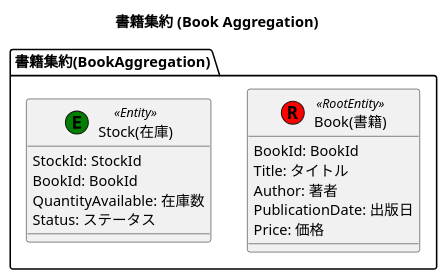
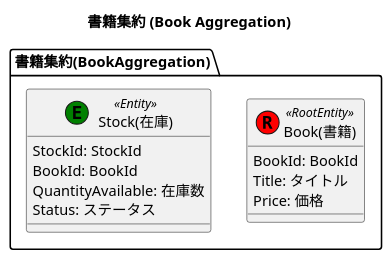
Before and after one commit to yamachan0625/zenn: the second of 14 diagrams in books/ddd-hands-on/chapter5.md, drawn with PlantUML. The commit also changed other lines of this file and 3 other files, not shown here.

````diff
--- a/books/ddd-hands-on/chapter5.md
+++ b/books/ddd-hands-on/chapter5.md
@@ -117,25 +117,23 @@
-```plantuml:OnlineBookstore/.../Book/Book.pu
+```plantuml:OnlineBookstore/StockManagementDomain/Domain/models/Book/Book.pu
 @startuml BookAggregation
 
 title 書籍集約 (Book Aggregation)
 
 package "書籍集約(BookAggregation)" {
     ' 1. エンティティの定義
     class "Book(書籍)" as Book << (R,red) RootEntity >> {
         BookId: BookId
         Title: タイトル
-        Author: 著者
-        PublicationDate: 出版日
         Price: 価格
     }
 
     class "Stock(在庫)" as Stock << (E,green) Entity >> {
         StockId: StockId
         BookId: BookId
         QuantityAvailable: 在庫数
         Status: ステータス
     }
 }
 
 @enduml
 ```
````
